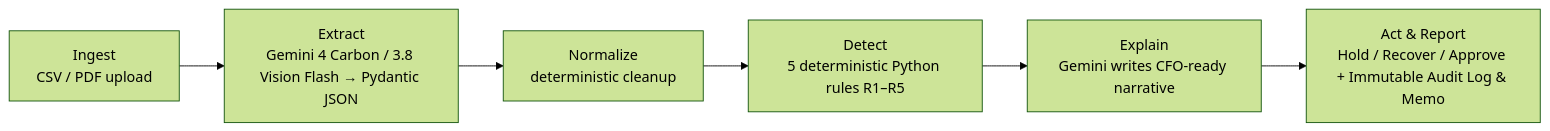
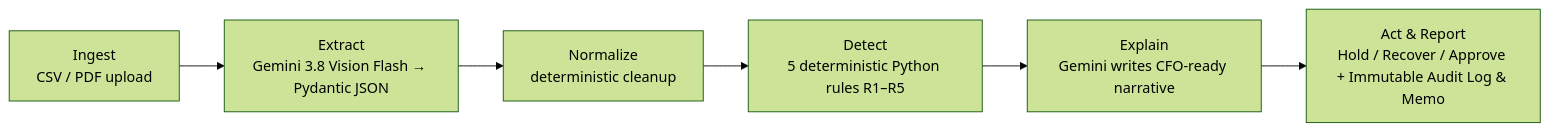
Before and after one commit to naughtynova69/LedgerLens-project: the diagram in README.md, drawn with Mermaid (forest theme). The commit also changed other lines of this file and 18 other files, not shown here.

Commit message:
chore,docs: replace gemini-4-carbon with gemini-3.8-vision-flash and add project mind map

````diff
--- a/README.md
+++ b/README.md
@@ -52,8 +52,8 @@
 ```mermaid
 flowchart LR
-    A["Ingest<br/>CSV / PDF upload"] --> B["Extract<br/>Gemini 4 Carbon / 3.8 Vision Flash → Pydantic JSON"]
+    A["Ingest<br/>CSV / PDF upload"] --> B["Extract<br/>Gemini 3.8 Vision Flash → Pydantic JSON"]
     B --> C["Normalize<br/>deterministic cleanup"]
     C --> D["Detect<br/>5 deterministic Python rules R1–R5"]
     D --> E["Explain<br/>Gemini writes CFO-ready narrative"]
     E --> F["Act & Report<br/>Hold / Recover / Approve + Immutable Audit Log & Memo"]
 ```
````
